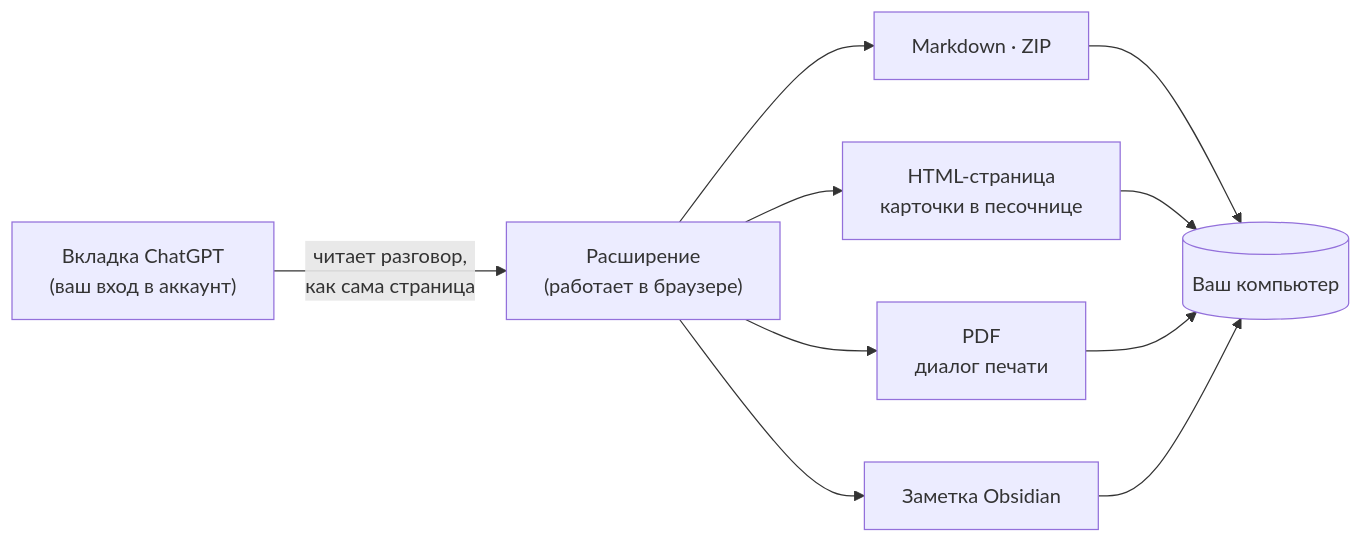
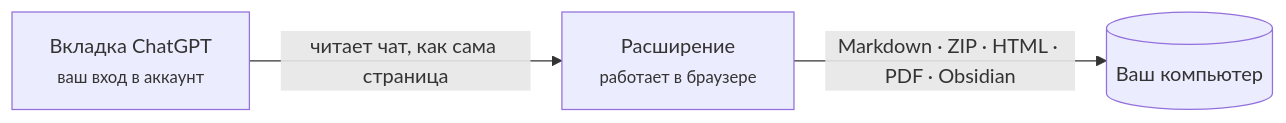
One commit to letheli710/chat-intelligent-ui-exporter changed the diagram in docs/readme/README.ru.md. Above: the diagram before and after it, drawn with Mermaid. The commit also changed 15 other files, not shown here.

First line of the commit message:
0.11.41: the how-it-works diagram as one row, so GitHub shows it whole

````diff
--- a/docs/readme/README.ru.md
+++ b/docs/readme/README.ru.md
@@ -126,9 +126,5 @@
 ```mermaid
 flowchart LR
-    A["Вкладка ChatGPT<br/>(ваш вход в аккаунт)"] -->|читает разговор,<br/>как сама страница| B["Расширение<br/>(работает в браузере)"]
-    B --> C["Markdown · ZIP"]
-    B --> D["HTML-страница<br/>карточки в песочнице"]
-    B --> E["PDF<br/>диалог печати"]
-    B --> F["Заметка Obsidian"]
-    C & D & E & F --> G[("Ваш компьютер")]
+    A["Вкладка ChatGPT<br/><small>ваш вход в аккаунт</small>"] -->|читает чат, как сама страница| B["Расширение<br/><small>работает в браузере</small>"]
+    B -->|"Markdown · ZIP · HTML · PDF · Obsidian"| C[("Ваш компьютер")]
 ```
````
